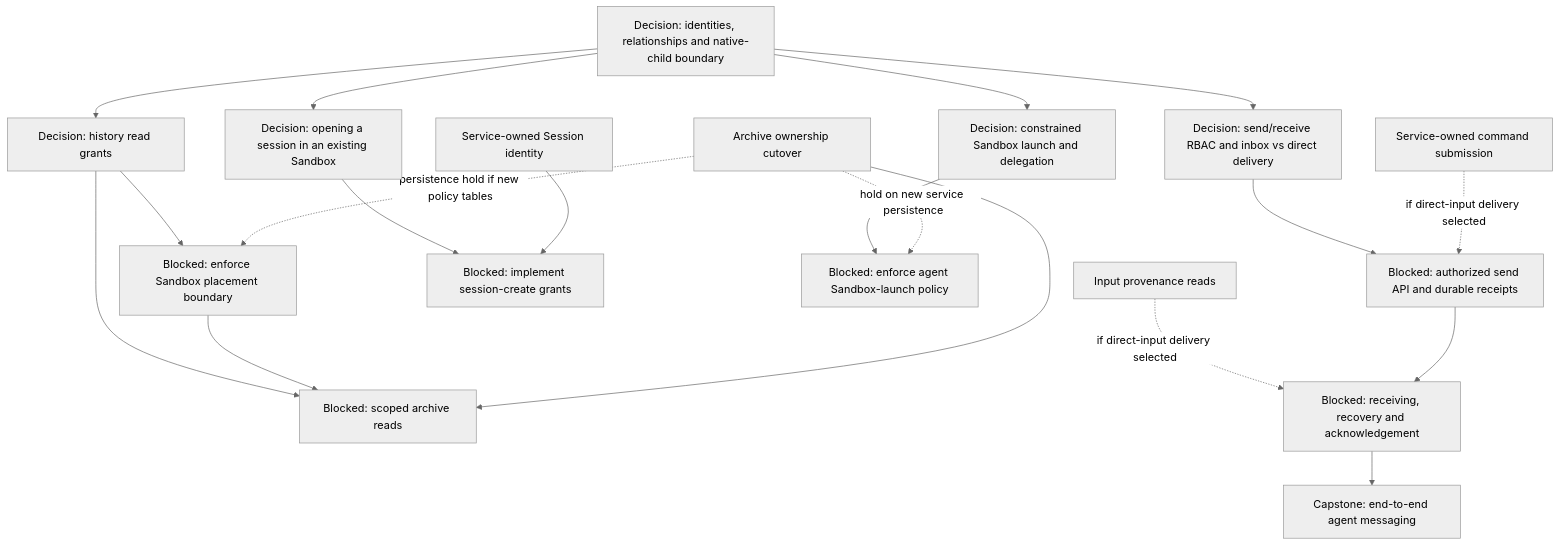
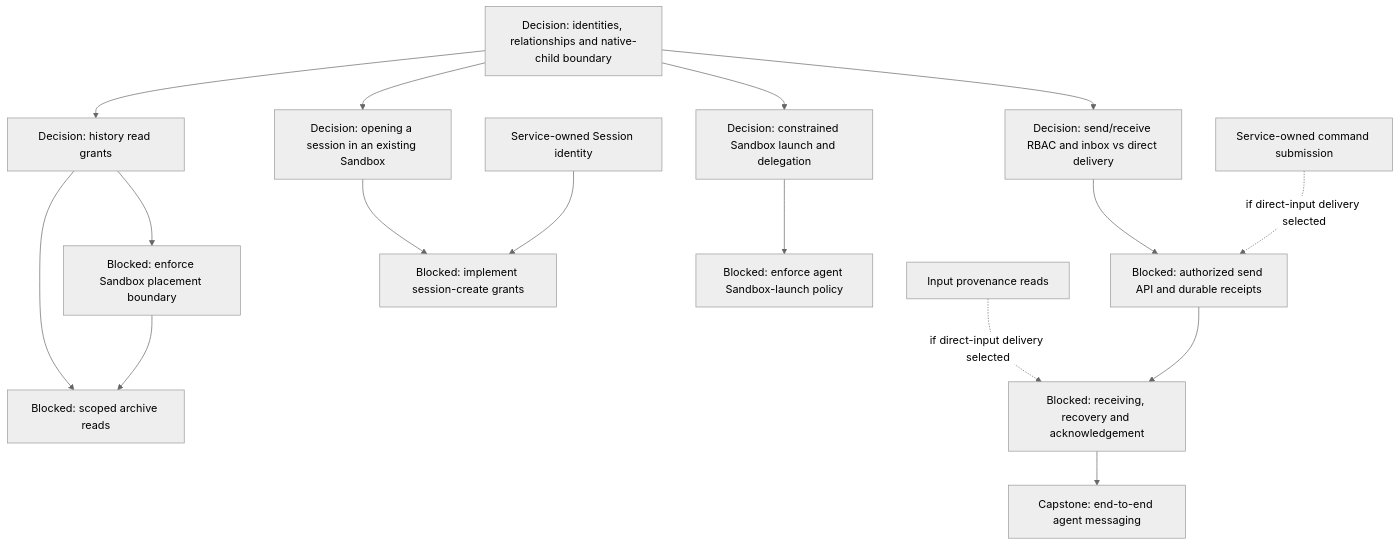
Before and after one commit to agentydragon-agent/ducktape: the fifth of 7 diagrams in agentplane/plans/task_dag.md, drawn with Mermaid (neutral theme). The commit also changed other lines of this file and 11 other files, not shown here.

````diff
--- a/agentplane/plans/task_dag.md
+++ b/agentplane/plans/task_dag.md
@@ -385,34 +292,30 @@
 ```mermaid
 flowchart TD
     MULTIAGENT_MODEL[Decision: identities, relationships and native-child boundary]
     THREAD_READ_POLICY_DESIGN[Decision: history read grants]
     SANDBOX_COMPARTMENT_BOUNDARY[Blocked: enforce Sandbox placement boundary]
-    THREAD_ARCHIVE_OWNERSHIP[Archive ownership cutover]
     THREAD_READ_POLICY[Blocked: scoped archive reads]
     AGENT_MESSAGING_DESIGN[Decision: send/receive RBAC and inbox vs direct delivery]
     AGENT_MESSAGE_INGRESS[Blocked: authorized send API and durable receipts]
     AGENT_MESSAGE_RECEPTION[Blocked: receiving, recovery and acknowledgement]
     AGENT_MESSAGING[Capstone: end-to-end agent messaging]
     THREAD_CREATE_POLICY[Decision: opening a session in an existing Sandbox]
     THREAD_CREATE_AUTHORIZATION[Blocked: implement session-create grants]
     AGENT_LAUNCH_POLICY_DESIGN[Decision: constrained Sandbox launch and delegation]
     AGENT_SANDBOX_LAUNCH[Blocked: enforce agent Sandbox-launch policy]
     MULTIAGENT_MODEL --> THREAD_READ_POLICY_DESIGN
     MULTIAGENT_MODEL --> AGENT_MESSAGING_DESIGN
     MULTIAGENT_MODEL --> THREAD_CREATE_POLICY
     MULTIAGENT_MODEL --> AGENT_LAUNCH_POLICY_DESIGN
     THREAD_READ_POLICY_DESIGN --> SANDBOX_COMPARTMENT_BOUNDARY
     THREAD_READ_POLICY_DESIGN --> THREAD_READ_POLICY
     SANDBOX_COMPARTMENT_BOUNDARY --> THREAD_READ_POLICY
-    THREAD_ARCHIVE_OWNERSHIP --> THREAD_READ_POLICY
-    THREAD_ARCHIVE_OWNERSHIP -. persistence hold if new policy tables .-> SANDBOX_COMPARTMENT_BOUNDARY
     AGENT_MESSAGING_DESIGN --> AGENT_MESSAGE_INGRESS
     SESSION_COMMAND_SUBMISSION[Service-owned command submission] -. if direct-input delivery selected .-> AGENT_MESSAGE_INGRESS
     SESSION_INPUT_METADATA_READ[Input provenance reads] -. if direct-input delivery selected .-> AGENT_MESSAGE_RECEPTION
     AGENT_MESSAGE_INGRESS --> AGENT_MESSAGE_RECEPTION
     AGENT_MESSAGE_RECEPTION --> AGENT_MESSAGING
     THREAD_CREATE_POLICY --> THREAD_CREATE_AUTHORIZATION
     THREAD_IDENTITY_NEW[Service-owned Session identity] --> THREAD_CREATE_AUTHORIZATION
     AGENT_LAUNCH_POLICY_DESIGN --> AGENT_SANDBOX_LAUNCH
-    THREAD_ARCHIVE_OWNERSHIP -. hold on new service persistence .-> AGENT_SANDBOX_LAUNCH
 ```
````
